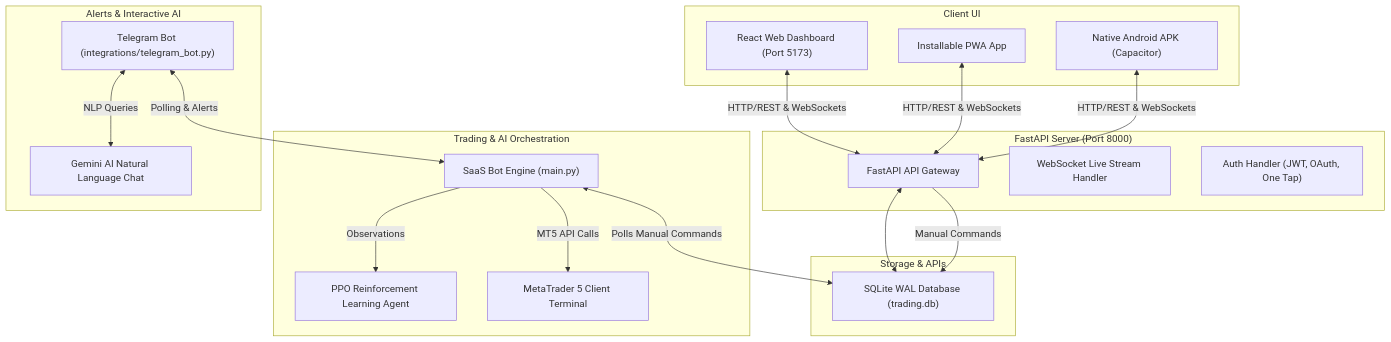
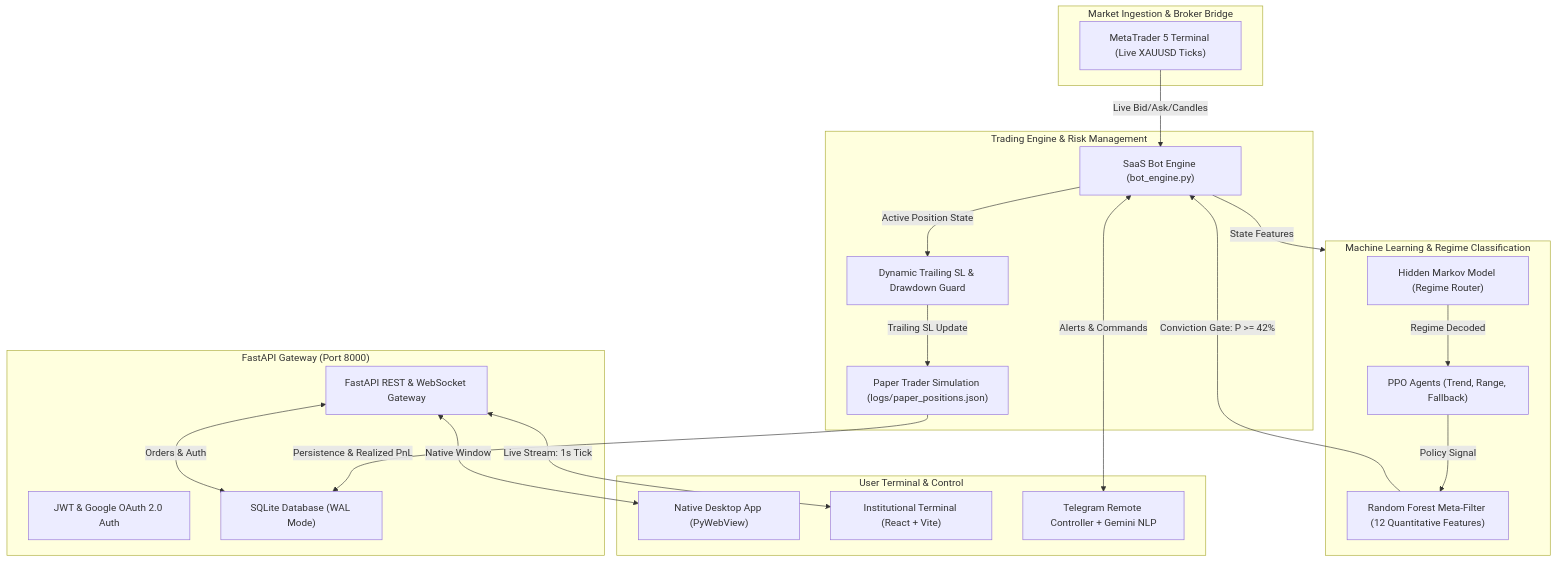
One commit to sahil5812/Nur changed the diagram in README.md. Above: the diagram before and after it, drawn with Mermaid. The commit also changed other lines of this file and 67 other files, not shown here.

Commit message:
feat: institutional terminal UI, Random Forest Meta-Filter, persistent paper engine, and updated README

````diff
--- a/README.md
+++ b/README.md
@@ -16,43 +19,45 @@
 ```mermaid
 graph TD
-    subgraph Frontend ["Client UI"]
-        ReactDash["React Web Dashboard (Port 5173)"]
-        PWAMobile["Installable PWA App"]
-        CapAndroid["Native Android APK (Capacitor)"]
+    subgraph MarketFeeds ["Market Ingestion & Broker Bridge"]
+        MT5["MetaTrader 5 Terminal (Live XAUUSD Ticks)"]
     end
 
-    subgraph Backend ["FastAPI Server (Port 8000)"]
-        FastAPI["FastAPI API Gateway"]
-        WSHandler["WebSocket Live Stream Handler"]
-        AuthHandler["Auth Handler (JWT, OAuth, One Tap)"]
+    subgraph IntelligenceLayer ["Machine Learning & Regime Classification"]
+        HMM["Hidden Markov Model (Regime Router)"]
+        MARL["PPO Agents (Trend, Range, Fallback)"]
+        RF["Random Forest Meta-Filter (12 Quantitative Features)"]
     end
 
-    subgraph CoreEngine ["Trading & AI Orchestration"]
-        BotEngine["SaaS Bot Engine (main.py)"]
-        RLAgent["PPO Reinforcement Learning Agent"]
-        MT5["MetaTrader 5 Client Terminal"]
+    subgraph CoreEngine ["Trading Engine & Risk Management"]
+        BotEngine["SaaS Bot Engine (bot_engine.py)"]
+        RiskGuard["Dynamic Trailing SL & Drawdown Guard"]
+        PaperTrader["Paper Trader Simulation (logs/paper_positions.json)"]
     end
 
-    subgraph Database ["Storage & APIs"]
-        SQLite["SQLite WAL Database (trading.db)"]
+    subgraph Backend ["FastAPI Gateway (Port 8000)"]
+        FastAPI["FastAPI REST & WebSocket Gateway"]
+        AuthJWT["JWT & Google OAuth 2.0 Auth"]
+        DB["SQLite Database (WAL Mode)"]
     end
 
-    subgraph Messaging ["Alerts & Interactive AI"]
-        Telegram["Telegram Bot (integrations/telegram_bot.py)"]
-        Gemini["Gemini AI Natural Language Chat"]
+    subgraph ClientInterfaces ["User Terminal & Control"]
+        DesktopApp["Native Desktop App (PyWebView)"]
+        ReactUI["Institutional Terminal (React + Vite)"]
+        TelegramBot["Telegram Remote Controller + Gemini NLP"]
     end
 
-    ReactDash <-->|HTTP/REST & WebSockets| FastAPI
-    PWAMobile <-->|HTTP/REST & WebSockets| FastAPI
-    CapAndroid <-->|HTTP/REST & WebSockets| FastAPI
-    
-    FastAPI <--> SQLite
-    FastAPI -->|Manual Commands| SQLite
-    
-    BotEngine <-->|Polls Manual Commands| SQLite
-    BotEngine -->|MT5 API Calls| MT5
-    BotEngine -->|Observations| RLAgent
-    
-    Telegram <-->|Polling & Alerts| BotEngine
-    Telegram <-->|NLP Queries| Gemini
+    MT5 -->|Live Bid/Ask/Candles| BotEngine
+    BotEngine -->|State Features| IntelligenceLayer
+    HMM -->|Regime Decoded| MARL
+    MARL -->|Policy Signal| RF
+    RF -->|Conviction Gate: P >= 42%| BotEngine
+
+    BotEngine -->|Active Position State| RiskGuard
+    RiskGuard -->|Trailing SL Update| PaperTrader
+    PaperTrader -->|Persistence & Realized PnL| DB
+
+    FastAPI <-->|Live Stream: 1s Tick| ReactUI
+    FastAPI <-->|Native Window| DesktopApp
+    BotEngine <-->|Alerts & Commands| TelegramBot
+    FastAPI <-->|Orders & Auth| DB
 ```
````
